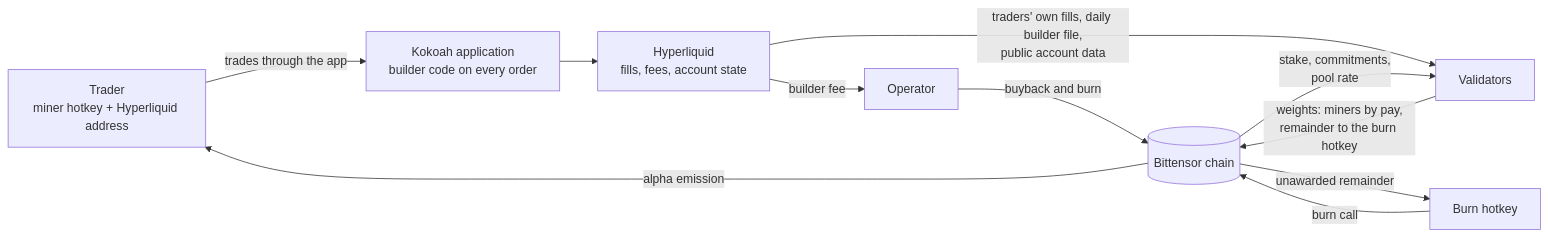
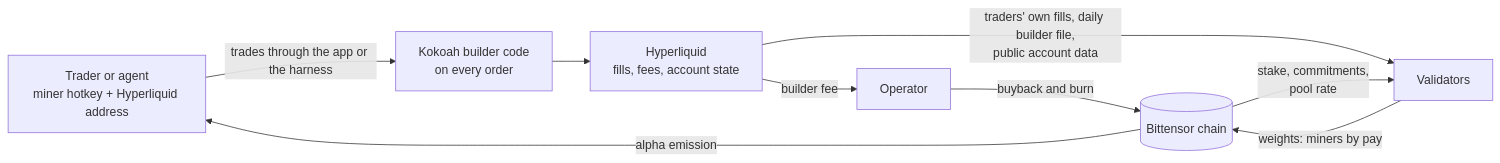
One commit to kokoahdotcom/kokoah-subnet changed the first of 2 diagrams in docs/whitepaper.md. Above: the diagram before and after it, drawn with Mermaid. The commit also changed other lines of this file and 8 other files, not shown here.

````diff
--- a/docs/whitepaper.md
+++ b/docs/whitepaper.md
@@ -80,12 +71,11 @@
 ```mermaid
 flowchart LR
-  T[Trader<br/>miner hotkey + Hyperliquid address] -->|trades through the app| K[Kokoah application<br/>builder code on every order]
+  T[Trader or agent<br/>miner hotkey + Hyperliquid address] -->|trades through the app or the harness| K[Kokoah builder code<br/>on every order]
   K --> H[Hyperliquid<br/>fills, fees, account state]
   H -->|builder fee| O[Operator]
   O -->|buyback and burn| C[(Bittensor chain)]
   H -->|traders' own fills, daily builder file,<br/>public account data| V[Validators]
   C -->|stake, commitments,<br/>pool rate| V
-  V -->|weights: miners by pay,<br/>remainder to the burn hotkey| C
+  V -->|weights: miners by pay| C
   C -->|alpha emission| T
-  C -->|unawarded remainder| B[Burn hotkey] -->|burn call| C
 ```
````
